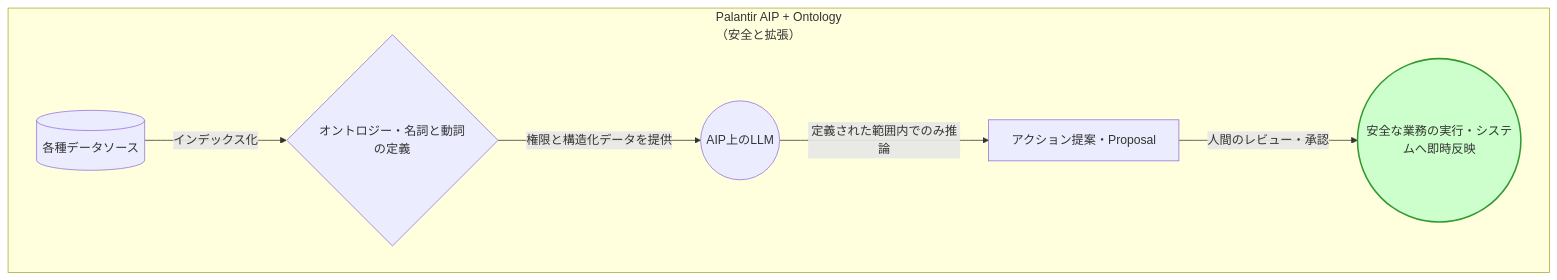
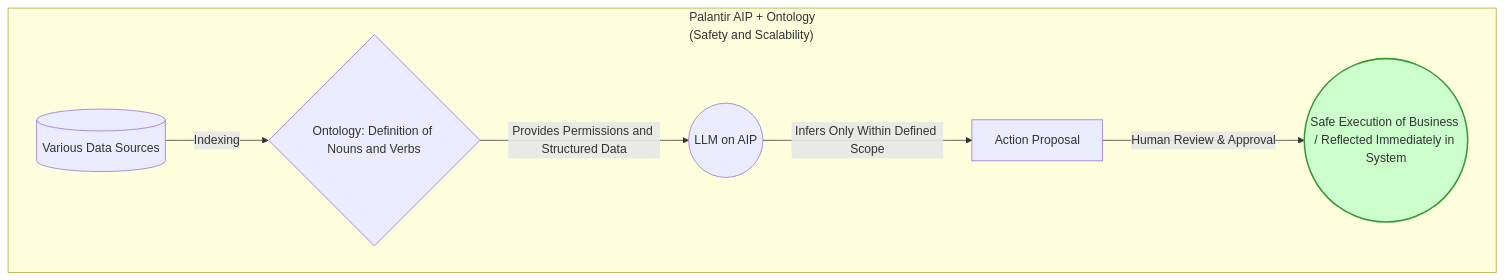
One commit to jonnydubowsky/palantir-ontology-strategy changed the eighth of 9 diagrams in docs/the-palantir-impact_jp.md. Above: the diagram before and after it, drawn with Mermaid. The commit also changed other lines of this file and 2 other files, not shown here.

````diff
--- a/docs/the-palantir-impact_jp.md
+++ b/docs/the-palantir-impact_jp.md
@@ -358,11 +358,11 @@
 ```mermaid
 flowchart LR
-    subgraph palantir_aip ["Palantir AIP + Ontology<br>（安全と拡張）"]
+    subgraph palantir_aip ["Palantir AIP + Ontology<br>(Safety and Scalability)"]
         direction LR
-        A2[("各種データソース")] -->|"インデックス化"| B2{"オントロジー・名詞と動詞の定義"}
-        B2 -->|"権限と構造化データを提供"| C2(("AIP上のLLM"))
-        C2 -->|"定義された範囲内でのみ推論"| D2["アクション提案・Proposal"]
-        D2 -->|"人間のレビュー・承認"| E2(("安全な業務の実行・システムへ即時反映"))
+        A2[("Various Data Sources")] -->|"Indexing"| B2{"Ontology: Definition of Nouns and Verbs"}
+        B2 -->|"Provides Permissions and Structured Data"| C2(("LLM on AIP"))
+        C2 -->|"Infers Only Within Defined Scope"| D2["Action Proposal"]
+        D2 -->|"Human Review & Approval"| E2(("Safe Execution of Business / Reflected Immediately in System"))
     end
     style E2 fill:#cfc,stroke:#393,stroke-width:2px
 ```
````
